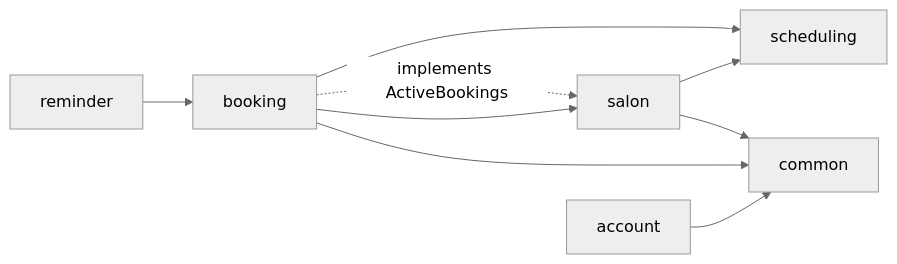
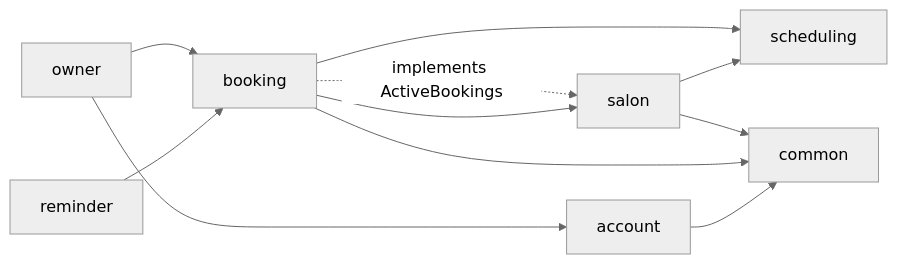
One commit to afunemma/salon-booking-api changed the second of 4 diagrams in README.md. Above: the diagram before and after it, drawn with Mermaid (neutral theme). The commit also changed other lines of this file and 20 other files, not shown here.

````diff
--- a/README.md
+++ b/README.md
@@ -88,10 +90,12 @@
 ```mermaid
 flowchart LR
     reminder --> booking
+    owner --> booking
+    owner --> account
     booking --> salon --> scheduling
     booking --> scheduling
     account --> common
     booking --> common
     salon --> common
     booking -. "implements ActiveBookings" .-> salon
 ```
````
